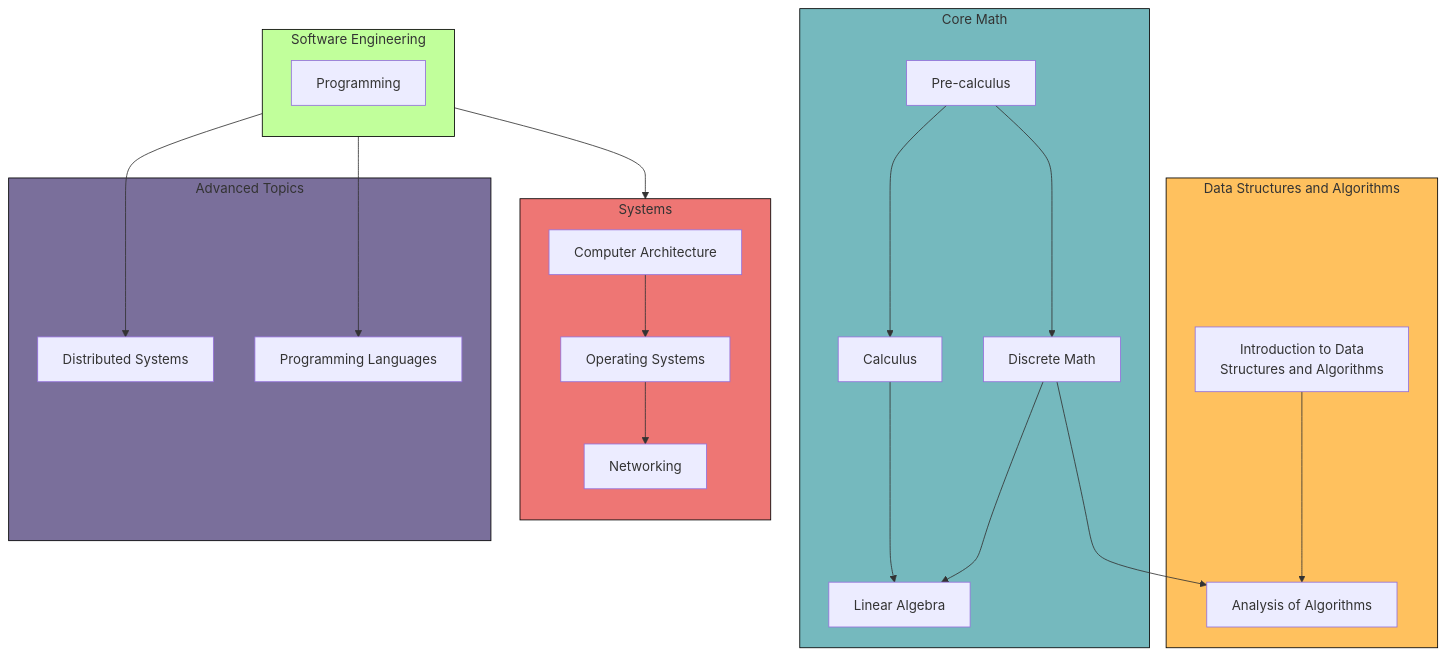
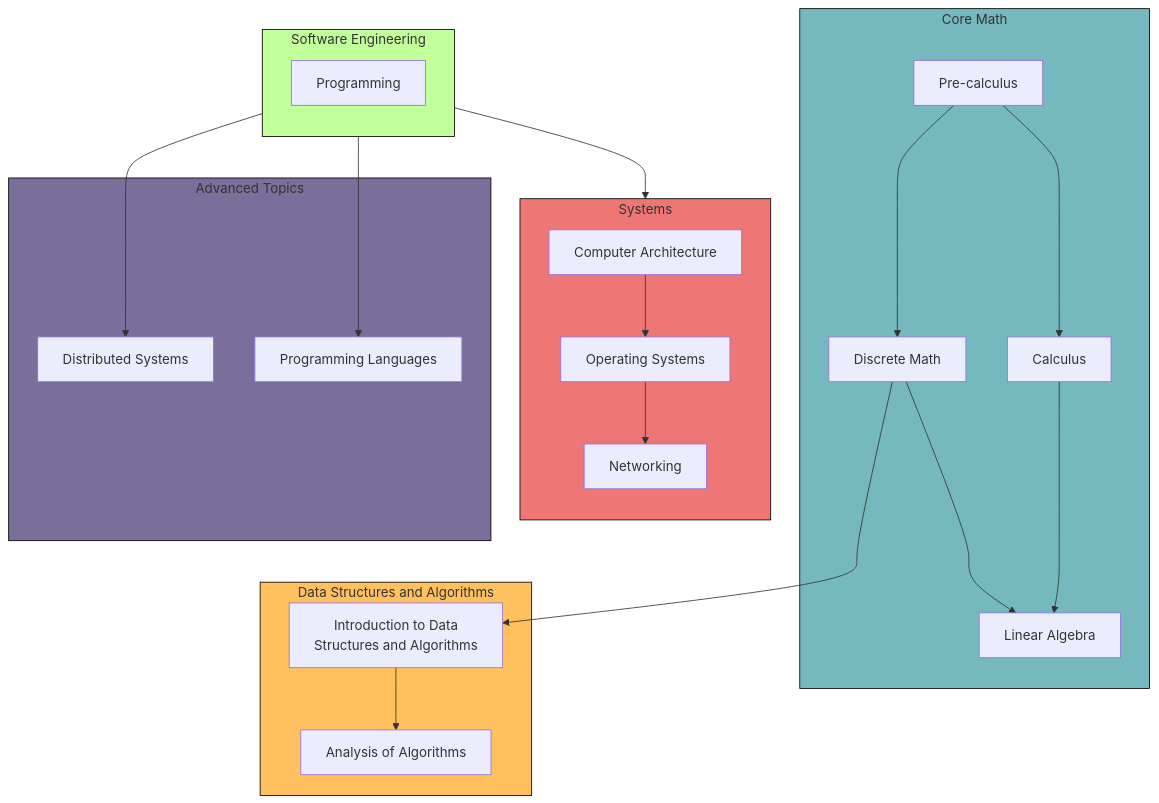
Before and after one commit to jdglaser/self-study-cs: the diagram in README.md, drawn with Mermaid. The commit also changed other lines of this file, not shown here.

````diff
--- a/README.md
+++ b/README.md
@@ -53,32 +52,33 @@
 ```mermaid
 flowchart TB
     subgraph se1[Core Math]
     style se1 fill:#75B9BE,stroke:#000
         A[Pre-calculus] --> B[Calculus] & C[Discrete Math]
         B & C --> D[Linear Algebra]
     end
     subgraph se2[Data Structures and Algorithms]
     style se2 fill:#FFC15E,stroke:#000
         E[Introduction to Data\n Structures and Algorithms]
-        C & E --> F[Analysis of Algorithms]
+        C --> E
+        E --> F[Analysis of Algorithms]
     end
     subgraph se3[Systems]
     direction TB
     style se3 fill:#EE7674,stroke:#000
         G[Computer Architecture] -->
         H[Operating Systems] -->
         I[Networking]
     end
     subgraph se4[Software Engineering]
     direction TB
     style se4 fill:#C1FF9B,stroke:#000
         J[Programming]
         J --> G
     end
     subgraph se5[Advanced Topics]
     style se5 fill:#7A6F9B,stroke:#000
         K[Distributed Systems]
         L[Programming Languages]
         J --> K & L
     end
 ```
````
